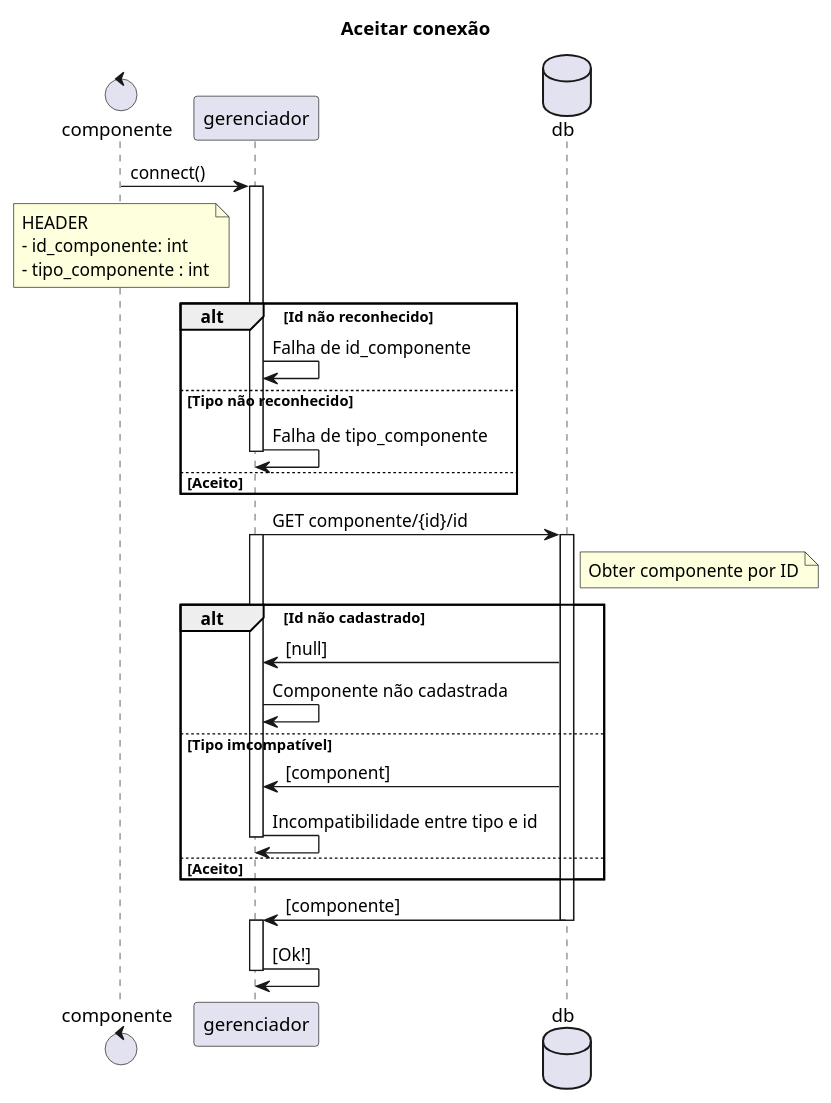
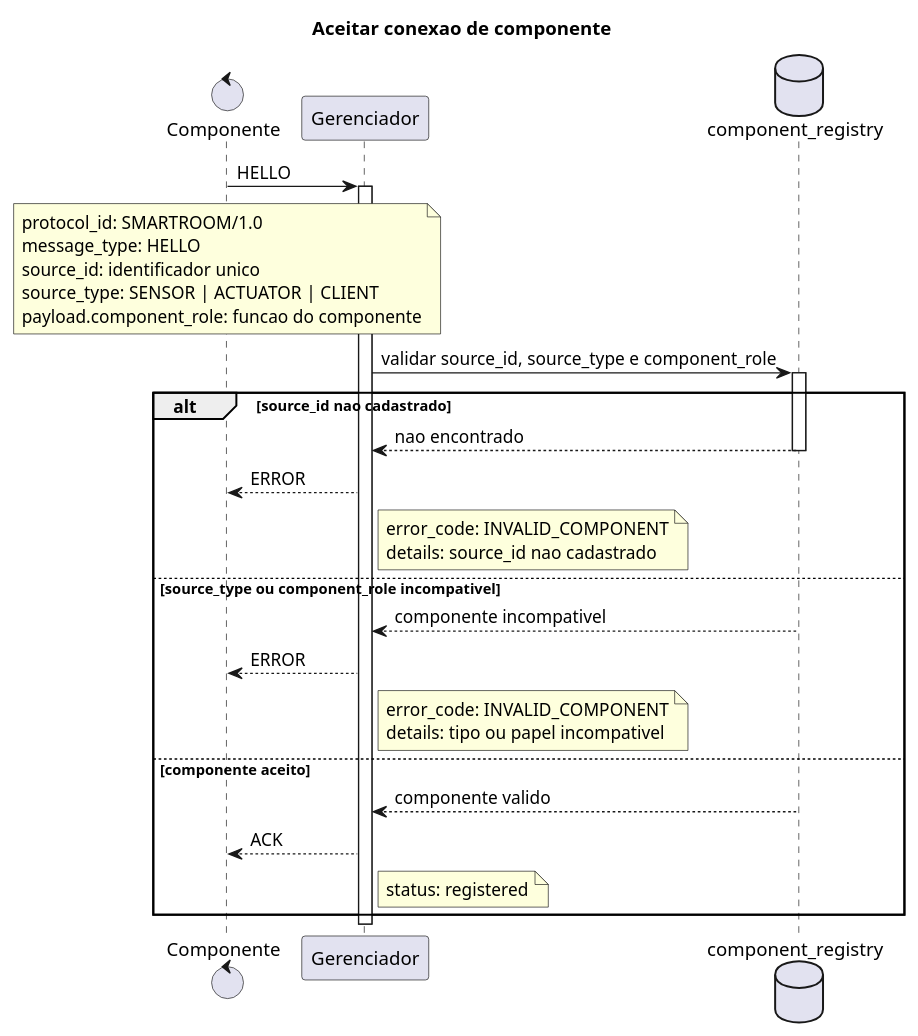
Before and after one commit to jorgesalhani/computerNetworksTeam: the diagram in Trabalho2/Parte1/Gerenciador/RequisitosFuncionais/3.1.wsd, drawn with PlantUML. The commit also changed 28 other files, not shown here.

```diff
--- a/Trabalho2/Parte1/Gerenciador/RequisitosFuncionais/3.1.wsd
+++ b/Trabalho2/Parte1/Gerenciador/RequisitosFuncionais/3.1.wsd
@@ -1,56 +1,51 @@
 @startuml
 
-title Aceitar conexão
+title Aceitar conexao de componente
 
-control componente
-participant gerenciador
-database db
+control "Componente" as component
+participant "Gerenciador" as manager
+database "component_registry" as registry
 
-componente -> gerenciador : connect()
-activate gerenciador
-note over componente
-  HEADER
-  - id_componente: int
-  - tipo_componente : int
+component -> manager : HELLO
+activate manager
+note over component
+  protocol_id: SMARTROOM/1.0
+  message_type: HELLO
+  source_id: identificador unico
+  source_type: SENSOR | ACTUATOR | CLIENT
+  payload.component_role: funcao do componente
 end note
 
-alt Id não reconhecido
-  gerenciador -> gerenciador : Falha de id_componente
+manager -> registry : validar source_id, source_type e component_role
+activate registry
 
-else Tipo não reconhecido
-  gerenciador -> gerenciador : Falha de tipo_componente
-  deactivate gerenciador
+alt source_id nao cadastrado
+  registry --> manager : nao encontrado
+  deactivate registry
+  manager --> component : ERROR
+  note right of manager
+    error_code: INVALID_COMPONENT
+    details: source_id nao cadastrado
+  end note
 
-else Aceito
+else source_type ou component_role incompativel
+  registry --> manager : componente incompativel
+  deactivate registry
+  manager --> component : ERROR
+  note right of manager
+    error_code: INVALID_COMPONENT
+    details: tipo ou papel incompativel
+  end note
+
+else componente aceito
+  registry --> manager : componente valido
+  deactivate registry
+  manager --> component : ACK
+  note right of manager
+    status: registered
+  end note
 end
 
-gerenciador -> db : GET componente/{id}/id
-activate gerenciador
-activate db
-note right of db
-  Obter componente por ID
-end note
-
-alt Id não cadastrado
-  gerenciador <- db : [null]
-
-  gerenciador -> gerenciador : Componente não cadastrada
-
-else Tipo imcompatível
-  gerenciador <- db : [component]
-
-  gerenciador -> gerenciador : Incompatibilidade entre tipo e id
-  deactivate gerenciador
-
-else Aceito
-end
-
-gerenciador <- db : [componente]
-deactivate db
-activate gerenciador
-
-gerenciador -> gerenciador : [Ok!]
-deactivate gerenciador
-
+deactivate manager
 
 @enduml
```
